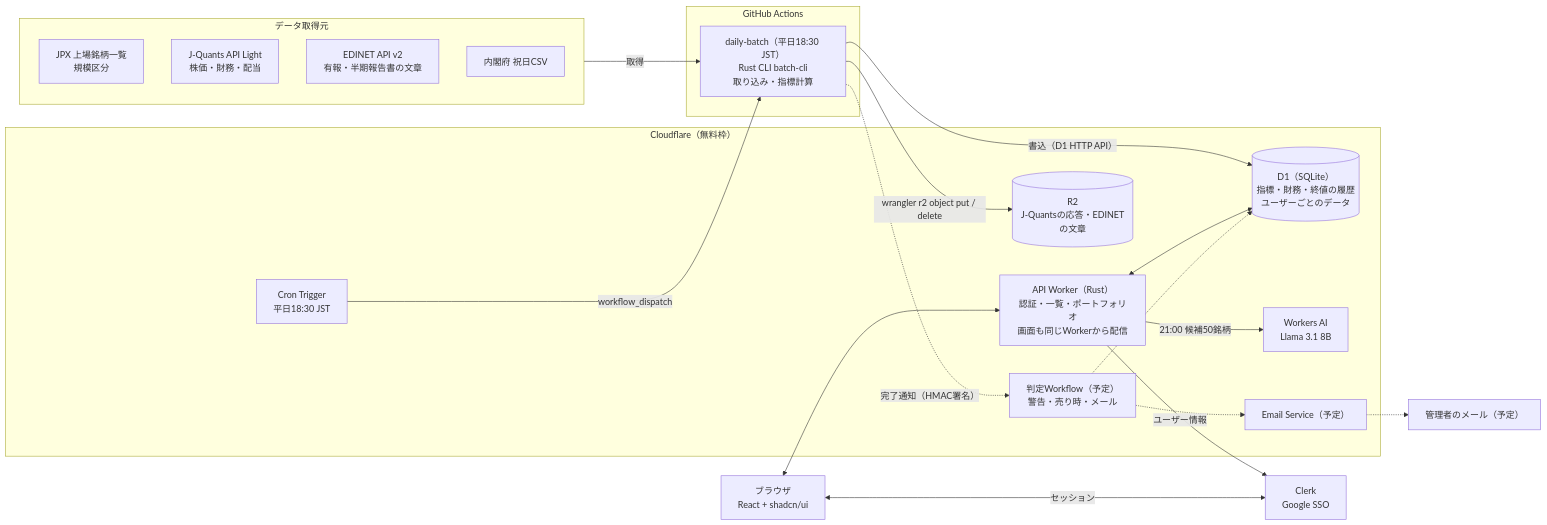
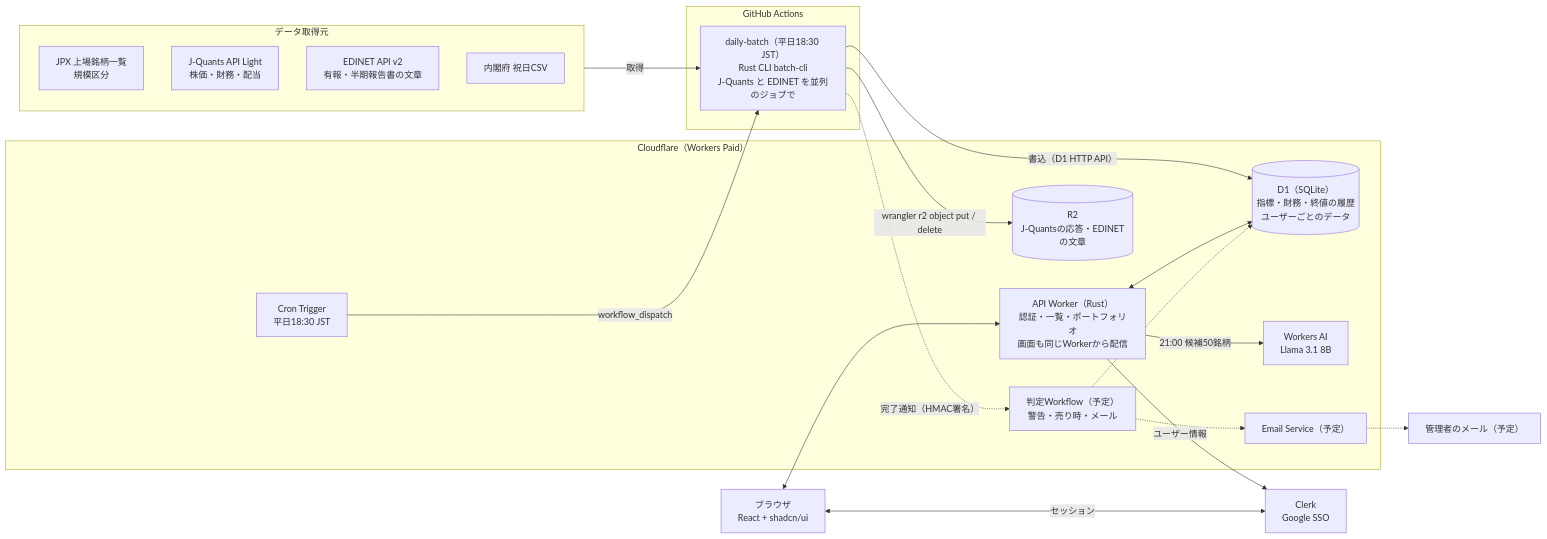
Before and after one commit to taaaaakahiro/stock-insight: the diagram in docs/03_system_architecture.md, drawn with Mermaid. The commit also changed other lines of this file and 9 other files, not shown here.

First line of the commit message:
feat(batch): EDINET を J-Quants と並列の別ジョブにし、今日の書類一覧は翌日も読み直す

````diff
--- a/docs/03_system_architecture.md
+++ b/docs/03_system_architecture.md
@@ -13,40 +13,40 @@
 ```mermaid
 flowchart LR
   subgraph SRC[データ取得元]
     JPX[JPX 上場銘柄一覧<br/>規模区分]
     JQ[J-Quants API Light<br/>株価・財務・配当]
     ED[EDINET API v2<br/>有報・半期報告書の文章]
     HOL[内閣府 祝日CSV]
   end
 
   subgraph GH[GitHub Actions]
-    BATCH[daily-batch（平日18:30 JST）<br/>Rust CLI batch-cli<br/>取り込み・指標計算]
+    BATCH[daily-batch（平日18:30 JST）<br/>Rust CLI batch-cli<br/>J-Quants と EDINET を並列のジョブで]
   end
 
-  subgraph CF[Cloudflare（無料枠）]
+  subgraph CF[Cloudflare（Workers Paid）]
     CRON[Cron Trigger<br/>平日18:30 JST]
     API[API Worker（Rust）<br/>認証・一覧・ポートフォリオ<br/>画面も同じWorkerから配信]
     D1[(D1（SQLite）<br/>指標・財務・終値の履歴<br/>ユーザーごとのデータ)]
     R2[(R2<br/>J-Quantsの応答・EDINETの文章)]
     WF[判定Workflow（予定）<br/>警告・売り時・メール]
     AI[Workers AI<br/>Llama 3.1 8B]
     MAIL[Email Service（予定）]
   end
 
   CLERK[Clerk<br/>Google SSO]
   BR[ブラウザ<br/>React + shadcn/ui]
   ADMIN[管理者のメール（予定）]
 
   CRON -- workflow_dispatch --> BATCH
   SRC -- 取得 --> BATCH
   BATCH -- 書込（D1 HTTP API） --> D1
   BATCH -- wrangler r2 object put / delete --> R2
   BATCH -. 完了通知（HMAC署名） .-> WF
   API <--> D1
   API -- ユーザー情報 --> CLERK
   API -- 21:00 候補50銘柄 --> AI
   WF -.-> D1
   WF -.-> MAIL -.-> ADMIN
   BR <--> API
   BR <-- セッション --> CLERK
 ```
````
